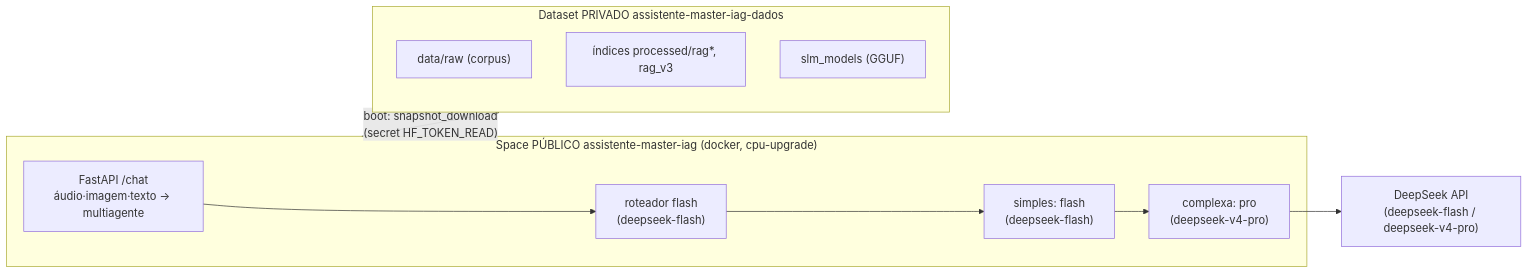
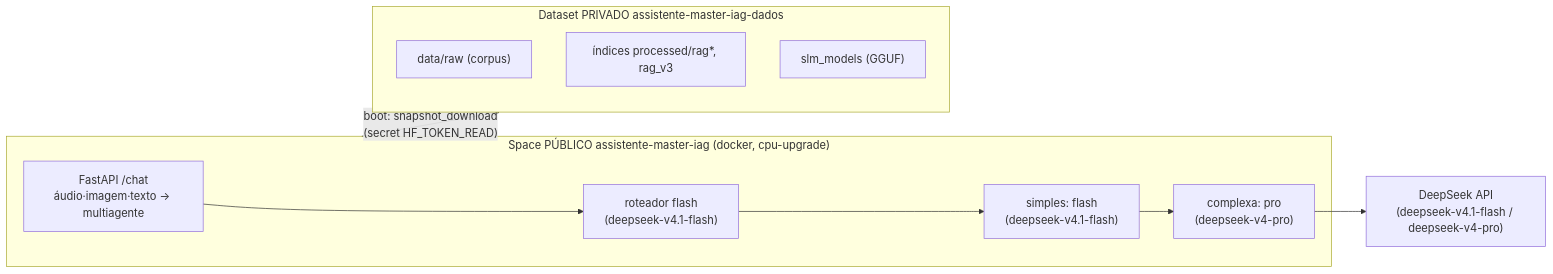
The sixth of 6 diagrams in README.md (rafaelang/proj-master--iag-llm-2025-2-puc-rio-final), drawn with Mermaid before and after one commit. The commit also changed other lines of this file and 4 other files, not shown here.

````diff
--- a/README.md
+++ b/README.md
@@ -512,17 +512,17 @@
 ```mermaid
 flowchart LR
     subgraph PUB["Space PÚBLICO assistente-master-iag (docker, cpu-upgrade)"]
         API["FastAPI /chat<br/>áudio·imagem·texto → multiagente"]
-        ROTE["roteador flash<br/>(deepseek-flash)"]
-        SIM["simples: flash<br/>(deepseek-flash)"]
+        ROTE["roteador flash<br/>(deepseek-v4.1-flash)"]
+        SIM["simples: flash<br/>(deepseek-v4.1-flash)"]
         CMP["complexa: pro<br/>(deepseek-v4-pro)"]
         API --> ROTE --> SIM --> CMP
     end
     subgraph PRIV["Dataset PRIVADO assistente-master-iag-dados"]
         RAW["data/raw (corpus)"]
         IDX["índices processed/rag*, rag_v3"]
         SLM["slm_models (GGUF)"]
     end
     PUB -- "boot: snapshot_download<br/>(secret HF_TOKEN_READ)" --> PRIV
-    CMP --> DS["DeepSeek API<br/>(deepseek-flash / deepseek-v4-pro)"]
+    CMP --> DS["DeepSeek API<br/>(deepseek-v4.1-flash / deepseek-v4-pro)"]
 ```
````
